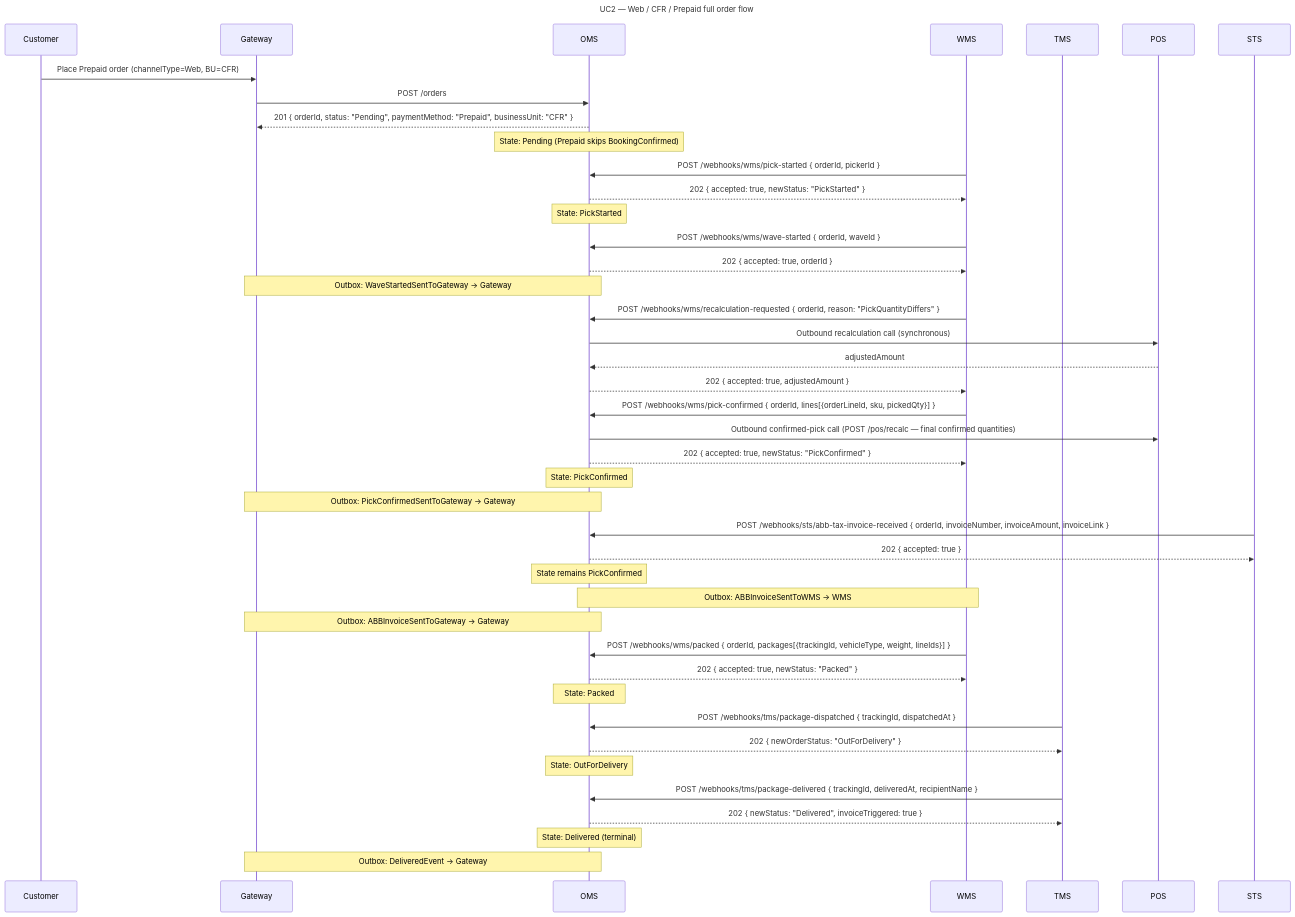
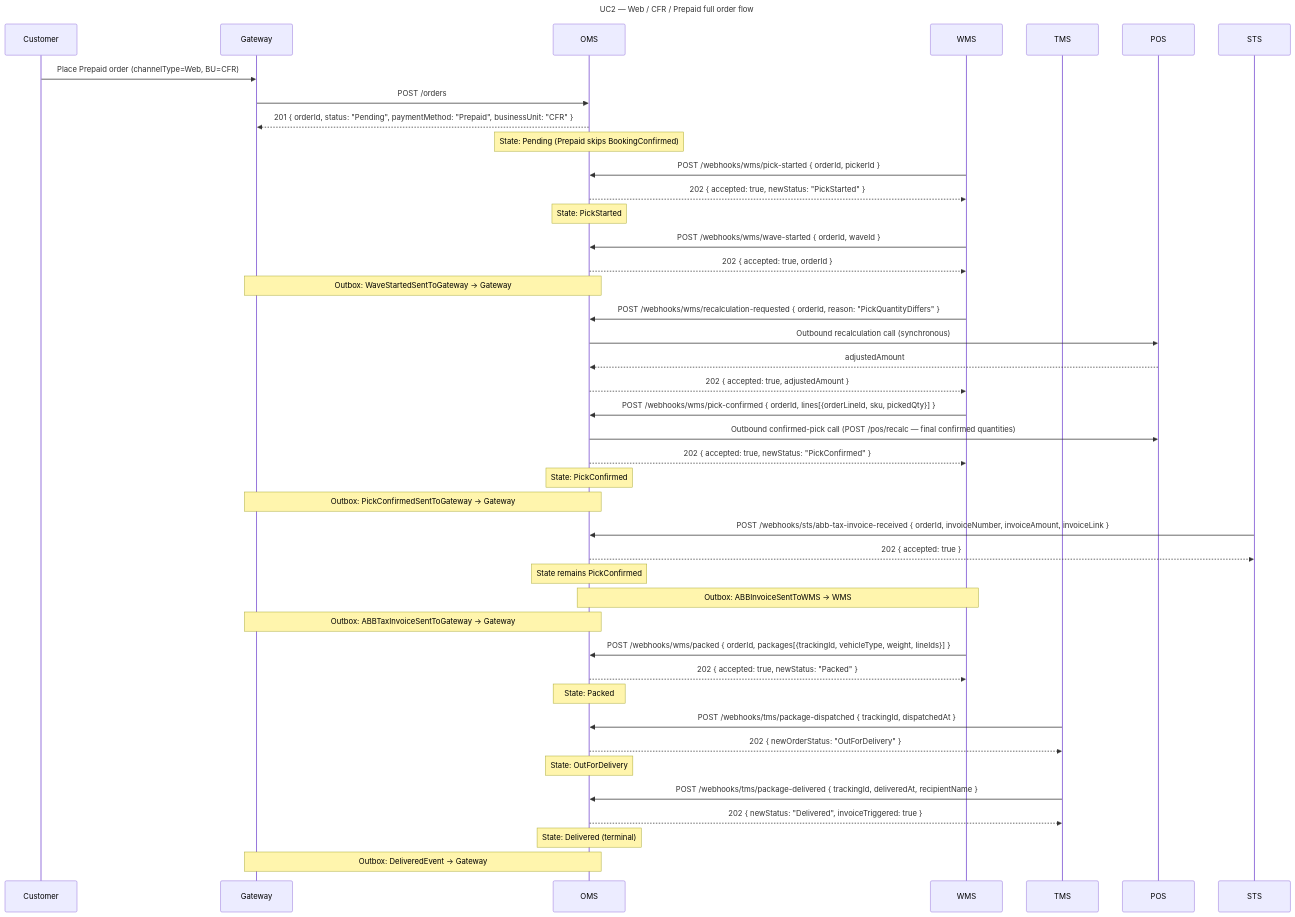
The second of 13 diagrams in docs/oms-e2e-sequence-diagrams.md (rosered11/oms-claude), drawn with Mermaid before and after one commit. The commit also changed other lines of this file and 39 other files, not shown here.

````diff
--- a/docs/oms-e2e-sequence-diagrams.md
+++ b/docs/oms-e2e-sequence-diagrams.md
@@ -76,55 +76,55 @@
 ```mermaid
 sequenceDiagram
   title: UC2 — Web / CFR / Prepaid full order flow
 
   participant Customer
   participant Gateway
   participant OMS
   participant WMS
   participant TMS
   participant POS
   participant STS
 
   Customer->>Gateway: Place Prepaid order (channelType=Web, BU=CFR)
   Gateway->>OMS: POST /orders
   OMS-->>Gateway: 201 { orderId, status: "Pending", paymentMethod: "Prepaid", businessUnit: "CFR" }
   Note over OMS: State: Pending (Prepaid skips BookingConfirmed)
 
   WMS->>OMS: POST /webhooks/wms/pick-started { orderId, pickerId }
   OMS-->>WMS: 202 { accepted: true, newStatus: "PickStarted" }
   Note over OMS: State: PickStarted
 
   WMS->>OMS: POST /webhooks/wms/wave-started { orderId, waveId }
   OMS-->>WMS: 202 { accepted: true, orderId }
   Note over OMS,Gateway: Outbox: WaveStartedSentToGateway → Gateway
 
   WMS->>OMS: POST /webhooks/wms/recalculation-requested { orderId, reason: "PickQuantityDiffers" }
   OMS->>POS: Outbound recalculation call (synchronous)
   POS-->>OMS: adjustedAmount
   OMS-->>WMS: 202 { accepted: true, adjustedAmount }
 
   WMS->>OMS: POST /webhooks/wms/pick-confirmed { orderId, lines[{orderLineId, sku, pickedQty}] }
   OMS->>POS: Outbound confirmed-pick call (POST /pos/recalc — final confirmed quantities)
   OMS-->>WMS: 202 { accepted: true, newStatus: "PickConfirmed" }
   Note over OMS: State: PickConfirmed
   Note over OMS,Gateway: Outbox: PickConfirmedSentToGateway → Gateway
 
   STS->>OMS: POST /webhooks/sts/abb-tax-invoice-received { orderId, invoiceNumber, invoiceAmount, invoiceLink }
   OMS-->>STS: 202 { accepted: true }
   Note over OMS: State remains PickConfirmed
   Note over OMS,WMS: Outbox: ABBInvoiceSentToWMS → WMS
-  Note over OMS,Gateway: Outbox: ABBInvoiceSentToGateway → Gateway
+  Note over OMS,Gateway: Outbox: ABBTaxInvoiceSentToGateway → Gateway
 
   WMS->>OMS: POST /webhooks/wms/packed { orderId, packages[{trackingId, vehicleType, weight, lineIds}] }
   OMS-->>WMS: 202 { accepted: true, newStatus: "Packed" }
   Note over OMS: State: Packed
 
   TMS->>OMS: POST /webhooks/tms/package-dispatched { trackingId, dispatchedAt }
   OMS-->>TMS: 202 { newOrderStatus: "OutForDelivery" }
   Note over OMS: State: OutForDelivery
 
   TMS->>OMS: POST /webhooks/tms/package-delivered { trackingId, deliveredAt, recipientName }
   OMS-->>TMS: 202 { newStatus: "Delivered", invoiceTriggered: true }
   Note over OMS: State: Delivered (terminal)
   Note over OMS,Gateway: Outbox: DeliveredEvent → Gateway
 ```
````
